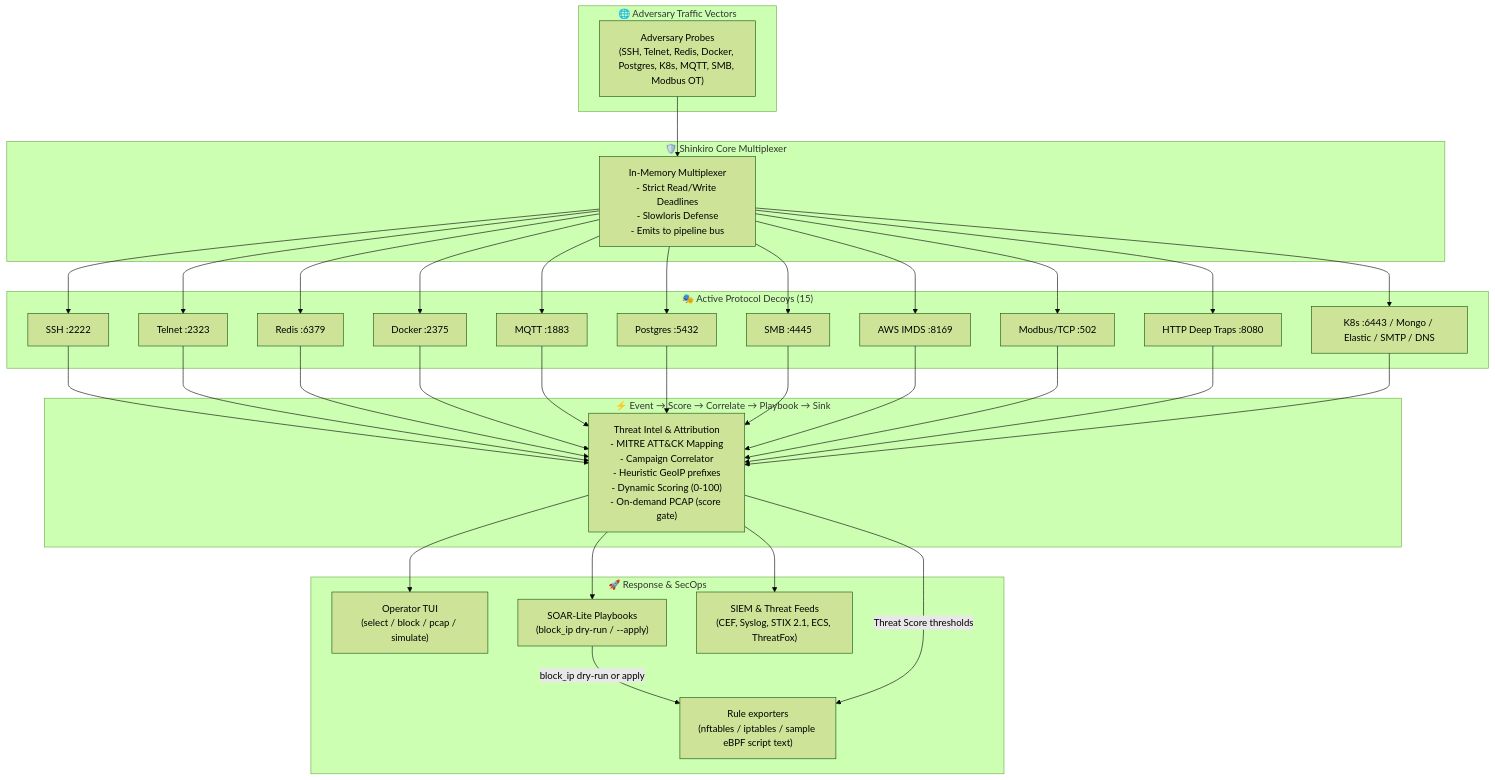
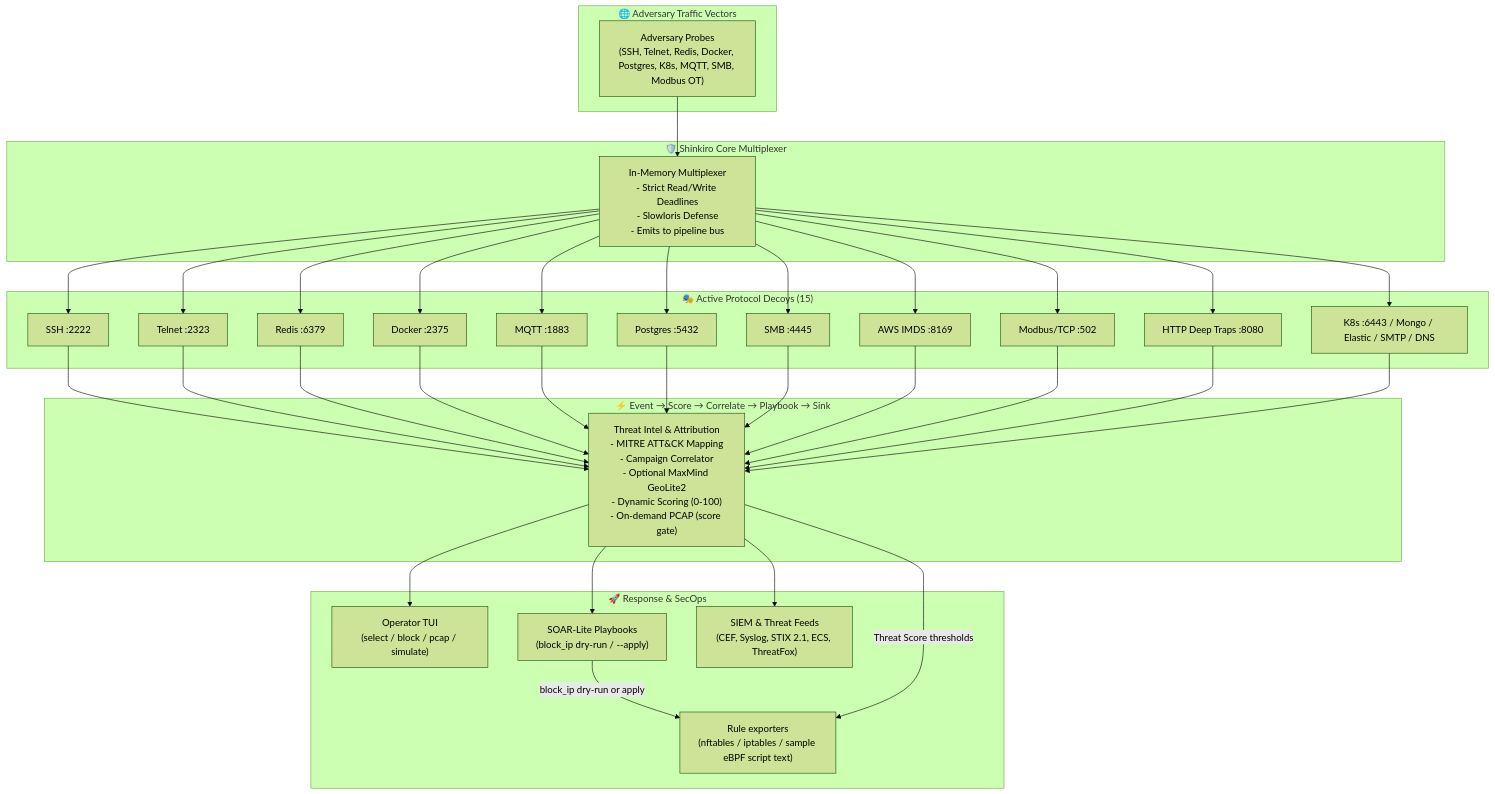
Before and after one commit to Haiagari/shinkiro: the diagram in README.md, drawn with Mermaid (forest theme). The commit also changed other lines of this file and 17 other files, not shown here.

First line of the commit message:
feat: optional MaxMind GeoLite2 GeoIP enrichment (#16)

````diff
--- a/README.md
+++ b/README.md
@@ -45,66 +45,66 @@
 ```mermaid
 graph TD
     subgraph Adversary ["🌐 Adversary Traffic Vectors"]
         Attacker["Adversary Probes<br/>(SSH, Telnet, Redis, Docker, Postgres, K8s, MQTT, SMB, Modbus OT)"]
     end
 
     subgraph Core ["🛡️ Shinkiro Core Multiplexer"]
         Mux["In-Memory Multiplexer<br/>- Strict Read/Write Deadlines<br/>- Slowloris Defense<br/>- Emits to pipeline bus"]
     end
 
     subgraph Decoys ["🎭 Active Protocol Decoys (15)"]
         D1["SSH :2222"]
         D2["Telnet :2323"]
         D3["Redis :6379"]
         D4["Docker :2375"]
         D5["MQTT :1883"]
         D6["Postgres :5432"]
         D7["SMB :4445"]
         D8["AWS IMDS :8169"]
         D9["Modbus/TCP :502"]
         D10["HTTP Deep Traps :8080"]
         D11["K8s :6443 / Mongo / Elastic / SMTP / DNS"]
     end
 
     subgraph Pipeline ["⚡ Event → Score → Correlate → Playbook → Sink"]
-        Intel["Threat Intel & Attribution<br/>- MITRE ATT&CK Mapping<br/>- Campaign Correlator<br/>- Heuristic GeoIP prefixes<br/>- Dynamic Scoring (0-100)<br/>- On-demand PCAP (score gate)"]
+        Intel["Threat Intel & Attribution<br/>- MITRE ATT&CK Mapping<br/>- Campaign Correlator<br/>- Optional MaxMind GeoLite2<br/>- Dynamic Scoring (0-100)<br/>- On-demand PCAP (score gate)"]
     end
 
     subgraph Defense ["🚀 Response & SecOps"]
         TUI["Operator TUI<br/>(select / block / pcap / simulate)"]
         SOAR["SOAR-Lite Playbooks<br/>(block_ip dry-run / --apply)"]
         SIEM["SIEM & Threat Feeds<br/>(CEF, Syslog, STIX 2.1, ECS, ThreatFox)"]
         Drop["Rule exporters<br/>(nftables / iptables / sample eBPF script text)"]
     end
 
     Attacker --> Mux
     Mux --> D1
     Mux --> D2
     Mux --> D3
     Mux --> D4
     Mux --> D5
     Mux --> D6
     Mux --> D7
     Mux --> D8
     Mux --> D9
     Mux --> D10
     Mux --> D11
 
     D1 --> Intel
     D2 --> Intel
     D3 --> Intel
     D4 --> Intel
     D5 --> Intel
     D6 --> Intel
     D7 --> Intel
     D8 --> Intel
     D9 --> Intel
     D10 --> Intel
     D11 --> Intel
 
     Intel --> TUI
     Intel --> SOAR
     Intel --> SIEM
     SOAR -->|block_ip dry-run or apply| Drop
     Intel -->|Threat Score thresholds| Drop
 ```
````
